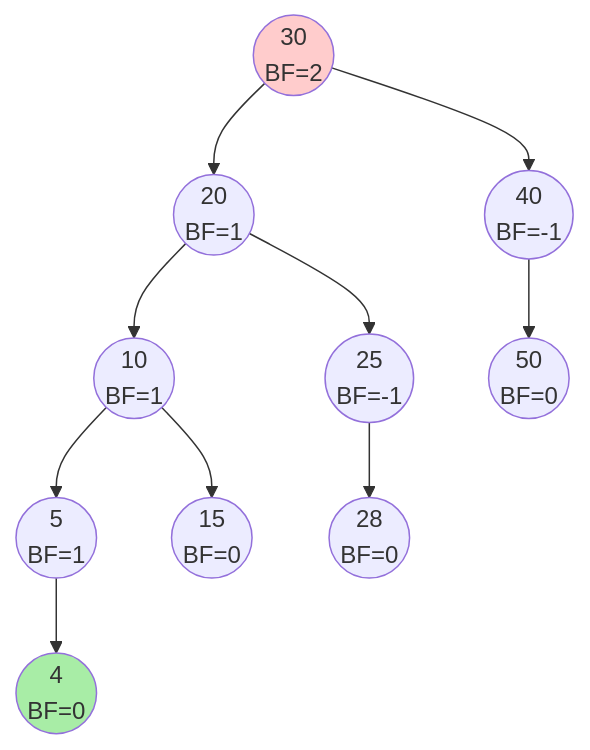
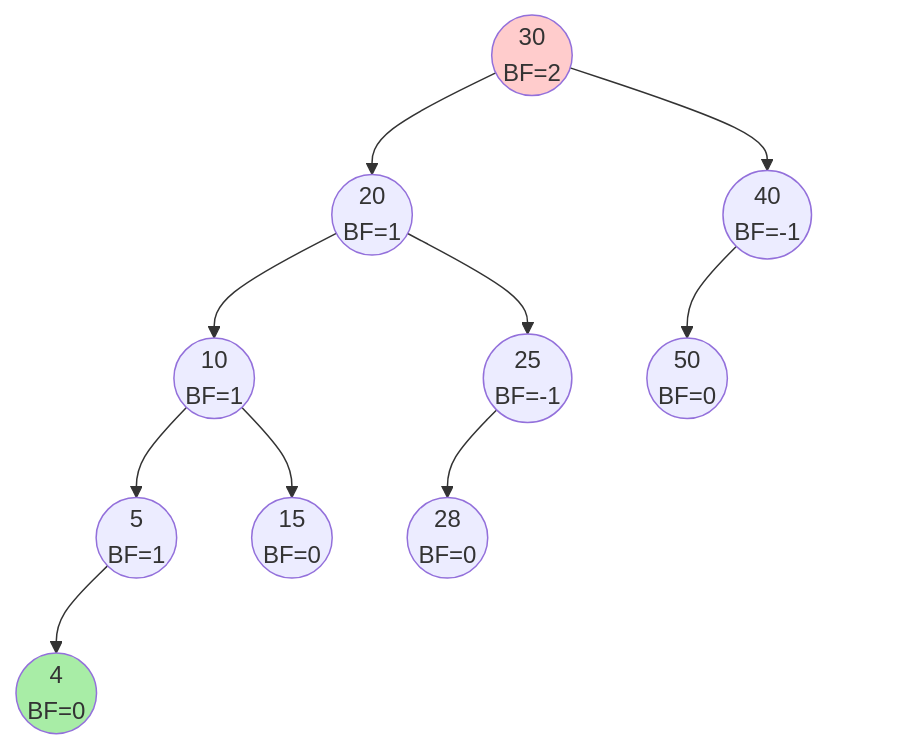
The eighth of 13 diagrams in tree/17_avl_trees.md (ARYAN-KUMAR-22/dsa), drawn with Mermaid before and after one commit. The commit also changed other lines of this file, not shown here.

````diff
--- a/tree/17_avl_trees.md
+++ b/tree/17_avl_trees.md
@@ -366,15 +366,26 @@
 ```mermaid
 graph TD
     30((30<br>BF=2)) --> 20((20<br>BF=1))
     30 --> 40((40<br>BF=-1))
+    
     20 --> 10((10<br>BF=1))
     20 --> 25((25<br>BF=-1))
+    
     10 --> 5((5<br>BF=1))
     10 --> 15((15<br>BF=0))
+    
     5 --> 4((4<br>BF=0))
+    5 ~~~ inv5[ ]
+    
+    40 ~~~ inv40[ ]
     40 --> 50((50<br>BF=0))
+    
+    25 ~~~ inv25[ ]
     25 --> 28((28<br>BF=0))
     
+    style inv5 fill:none,stroke:none,color:none
+    style inv40 fill:none,stroke:none,color:none
+    style inv25 fill:none,stroke:none,color:none
     style 30 fill:#ffcccc
     style 4 fill:#a8eda6
 ```
````
